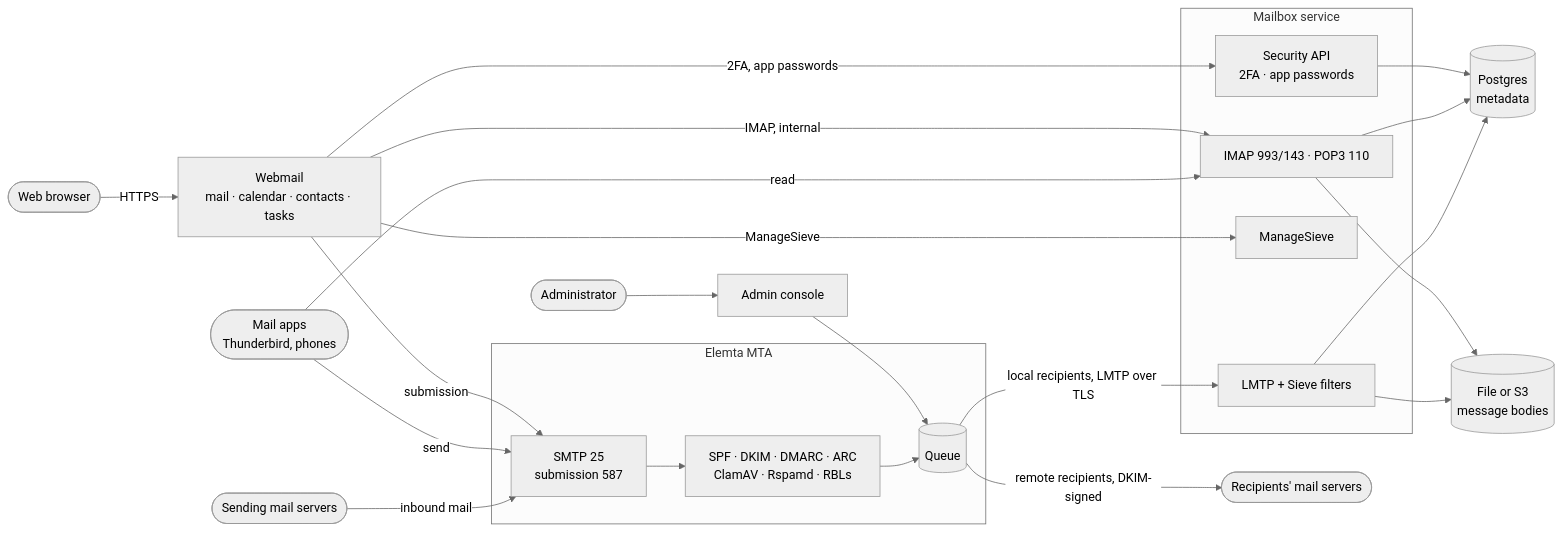
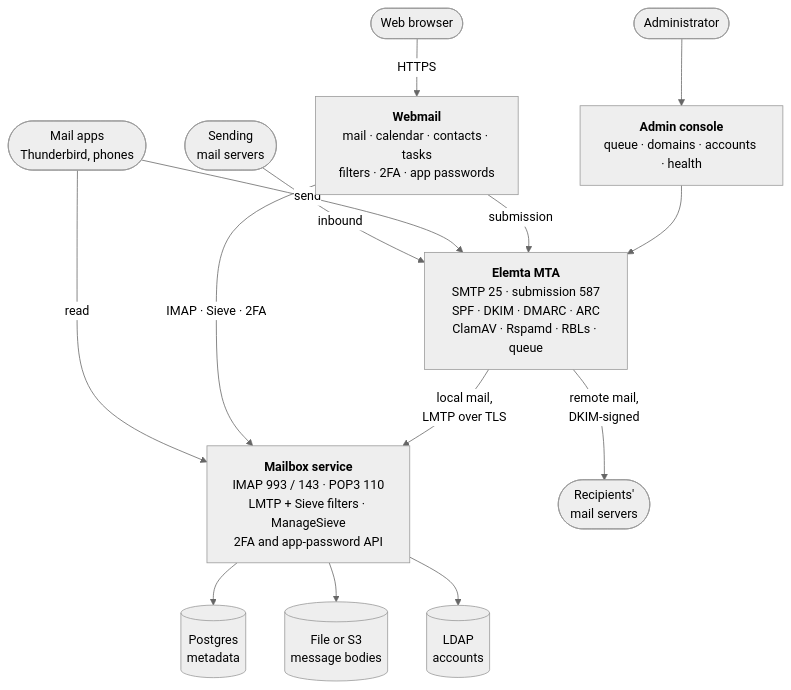
Before and after one commit to EvalAlan/elemta: the diagram in docs/diagrams/overview.mmd, drawn with Mermaid (neutral theme). The commit also changed 18 other files, not shown here.

First line of the commit message:
Docs: redraw the diagrams to read top to bottom

```diff
--- a/docs/diagrams/overview.mmd
+++ b/docs/diagrams/overview.mmd
@@ -1,40 +1,27 @@
-flowchart LR
-    internet(["Sending mail servers"])
-    remote(["Recipients' mail servers"])
+flowchart TB
+    senders(["Sending<br/>mail servers"])
     apps(["Mail apps<br/>Thunderbird, phones"])
     browser(["Web browser"])
     admin(["Administrator"])
 
-    subgraph mta["Elemta MTA"]
-        smtp["SMTP 25<br/>submission 587"]
-        checks["SPF · DKIM · DMARC · ARC<br/>ClamAV · Rspamd · RBLs"]
-        queue[("Queue")]
-        smtp --> checks --> queue
-    end
+    webmail["<b>Webmail</b><br/>mail · calendar · contacts · tasks<br/>filters · 2FA · app passwords"]
+    console["<b>Admin console</b><br/>queue · domains · accounts · health"]
+    mta["<b>Elemta MTA</b><br/>SMTP 25 · submission 587<br/>SPF · DKIM · DMARC · ARC<br/>ClamAV · Rspamd · RBLs · queue"]
+    mailbox["<b>Mailbox service</b><br/>IMAP 993 / 143 · POP3 110<br/>LMTP + Sieve filters · ManageSieve<br/>2FA and app-password API"]
 
-    subgraph mailbox["Mailbox service"]
-        lmtp["LMTP + Sieve filters"]
-        imap["IMAP 993/143 · POP3 110"]
-        msieve["ManageSieve"]
-        secapi["Security API<br/>2FA · app passwords"]
-    end
-
+    remote(["Recipients'<br/>mail servers"])
     pg[("Postgres<br/>metadata")]
     bodies[("File or S3<br/>message bodies")]
-    webmail["Webmail<br/>mail · calendar · contacts · tasks"]
-    console["Admin console"]
+    ldap[("LDAP<br/>accounts")]
 
-    internet -->|"inbound mail"| smtp
-    apps -->|"send"| smtp
-    queue -->|"local recipients, LMTP over TLS"| lmtp
-    queue -->|"remote recipients, DKIM-signed"| remote
-    apps -->|"read"| imap
     browser -->|"HTTPS"| webmail
-    webmail -->|"IMAP, internal"| imap
-    webmail -->|"ManageSieve"| msieve
-    webmail -->|"submission"| smtp
-    webmail -->|"2FA, app passwords"| secapi
     admin --> console
-    console --> queue
-    lmtp & imap & secapi --> pg
-    lmtp & imap --> bodies
+    senders -->|"inbound"| mta
+    apps -->|"send"| mta
+    webmail -->|"submission"| mta
+    console --> mta
+    apps -->|"read"| mailbox
+    webmail -->|"IMAP · Sieve · 2FA"| mailbox
+    mta -->|"local mail,<br/>LMTP over TLS"| mailbox
+    mta -->|"remote mail,<br/>DKIM-signed"| remote
+    mailbox --> pg & bodies & ldap
```
